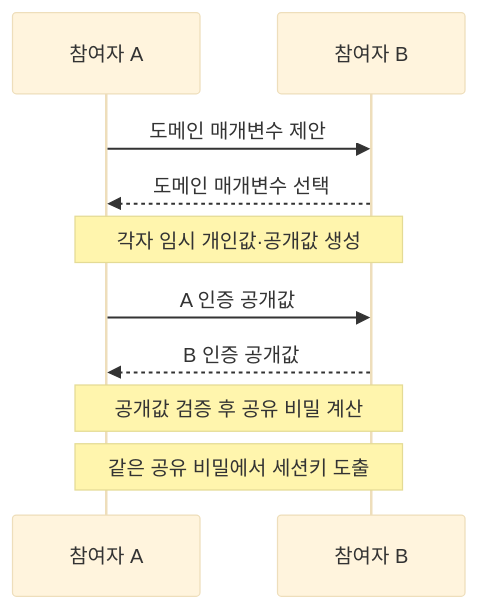
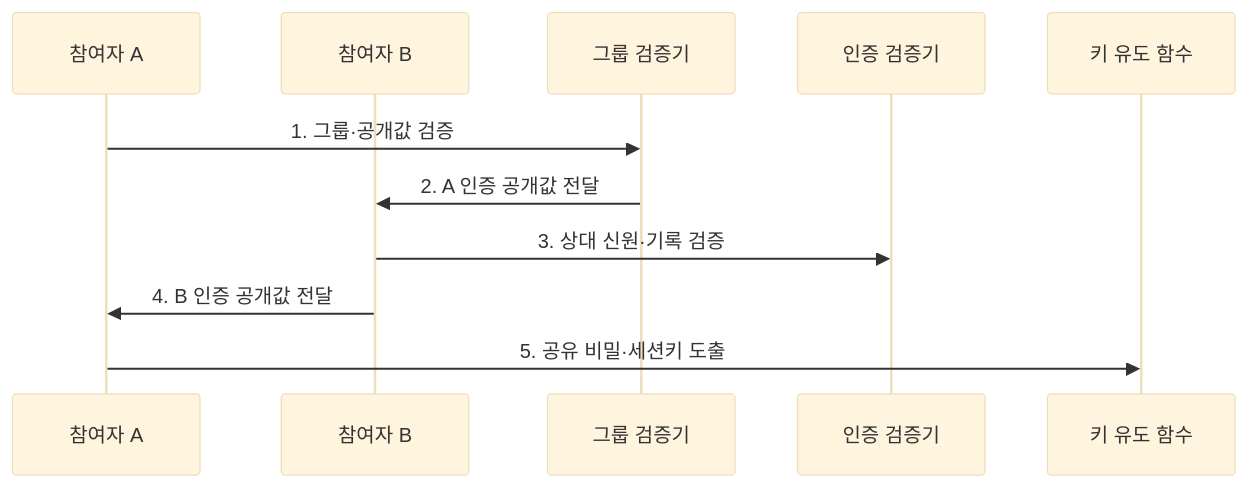
Before and after one commit to agnusdei1207/knowledge-base: the second of 2 diagrams in src/content/docs/notes/05-security/005_diffie_hellman_key_exchange.md, drawn with Mermaid (base theme). The commit also changed other lines of this file and 22 other files, not shown here.

````diff
--- a/src/content/docs/notes/05-security/005_diffie_hellman_key_exchange.md
+++ b/src/content/docs/notes/05-security/005_diffie_hellman_key_exchange.md
@@ -91,12 +87,13 @@
 ```mermaid
 sequenceDiagram
     participant A as 참여자 A
     participant B as 참여자 B
-    A->>B: 도메인 매개변수 제안
-    B-->>A: 도메인 매개변수 선택
-    Note over A,B: 각자 임시 개인값·공개값 생성
-    A->>B: A 인증 공개값
-    B-->>A: B 인증 공개값
-    Note over A,B: 공개값 검증 후 공유 비밀 계산
-    Note over A,B: 같은 공유 비밀에서 세션키 도출
+    participant V as 그룹 검증기
+    participant I as 인증 검증기
+    participant K as 키 유도 함수
+    A->>V: 1. 그룹·공개값 검증
+    V->>B: 2. A 인증 공개값 전달
+    B->>I: 3. 상대 신원·기록 검증
+    B->>A: 4. B 인증 공개값 전달
+    A->>K: 5. 공유 비밀·세션키 도출
 ```
````
